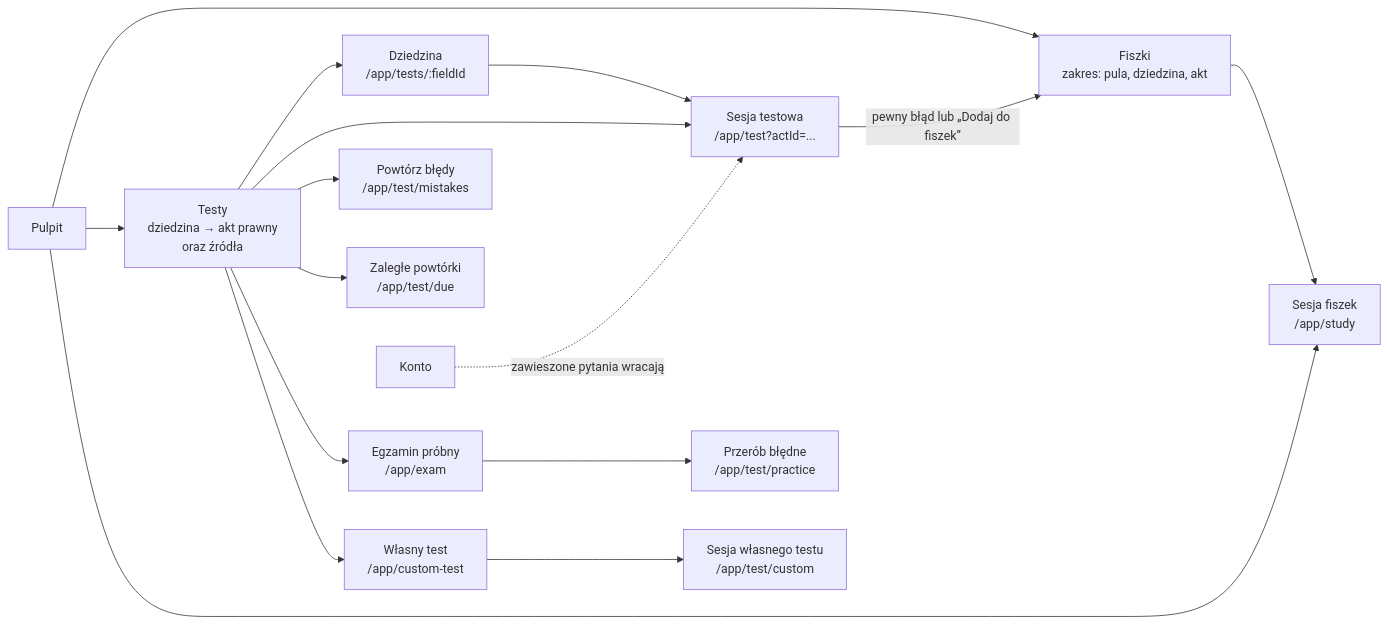
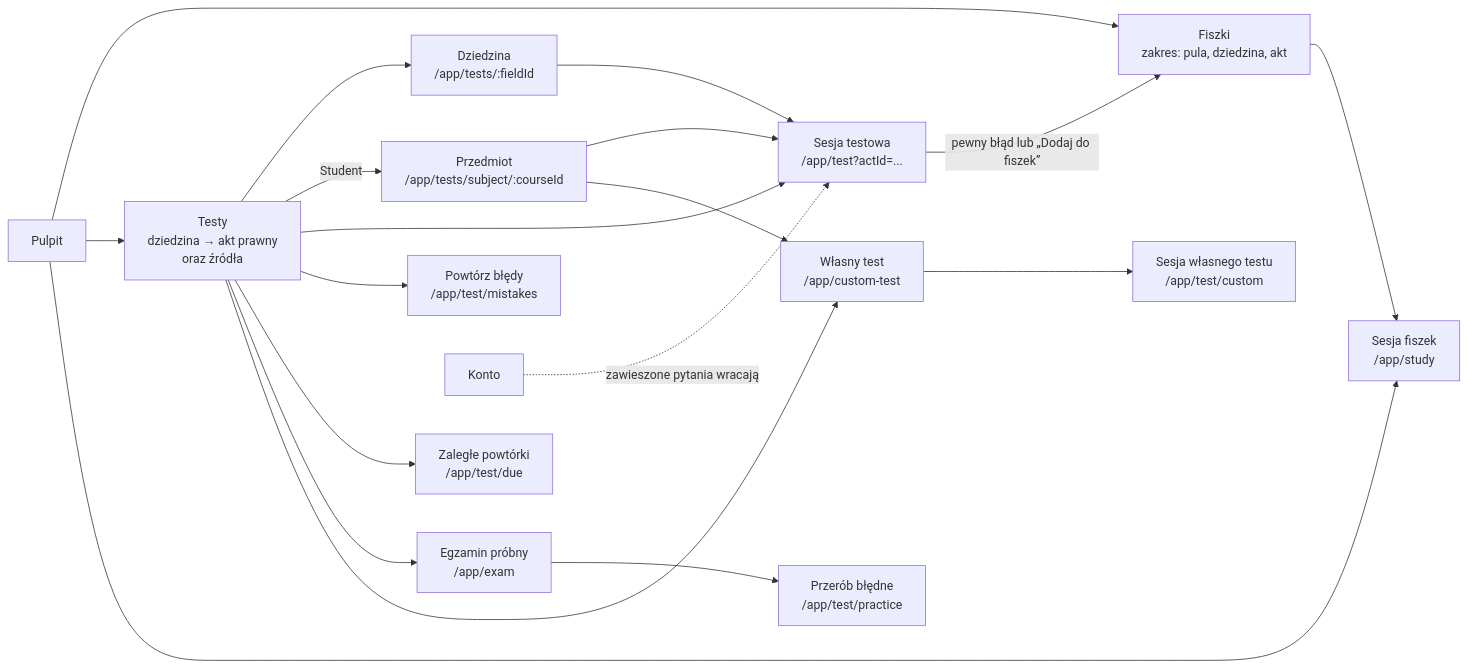
The second of 2 diagrams in docs/02-routing-i-strony.md (YellowHand/tutlaw-frontend), drawn with Mermaid before and after one commit. The commit also changed other lines of this file and 49 other files, not shown here.

````diff
--- a/docs/02-routing-i-strony.md
+++ b/docs/02-routing-i-strony.md
@@ -90,18 +91,21 @@
 ```mermaid
 flowchart LR
     DASH["Pulpit"] --> FISZ["Fiszki<br/>zakres: pula, dziedzina, akt"]
     DASH --> TESTY["Testy<br/>dziedzina → akt prawny<br/>oraz źródła"]
     DASH --> SESF["Sesja fiszek<br/>/app/study"]
     FISZ --> SESF
     TESTY --> POLE["Dziedzina<br/>/app/tests/:fieldId"]
+    TESTY -- "Student" --> PRZ["Przedmiot<br/>/app/tests/subject/:courseId"]
+    PRZ --> SEST
+    PRZ --> WLASNY
     POLE --> SEST["Sesja testowa<br/>/app/test?actId=..."]
     TESTY --> SEST
     TESTY --> BLEDY["Powtórz błędy<br/>/app/test/mistakes"]
     TESTY --> ZAL["Zaległe powtórki<br/>/app/test/due"]
     TESTY --> EGZ["Egzamin próbny<br/>/app/exam"]
     TESTY --> WLASNY["Własny test<br/>/app/custom-test"]
     WLASNY --> SESC["Sesja własnego testu<br/>/app/test/custom"]
     EGZ --> PRAK["Przerób błędne<br/>/app/test/practice"]
     SEST -- "pewny błąd lub „Dodaj do fiszek”" --> FISZ
     KONTO["Konto"] -. "zawieszone pytania wracają" .-> SEST
 ```
````
